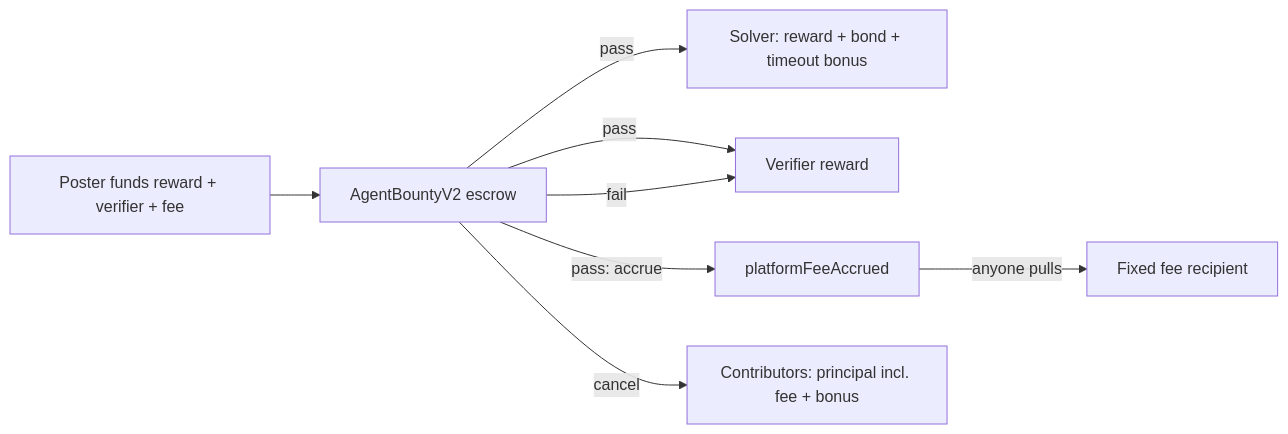
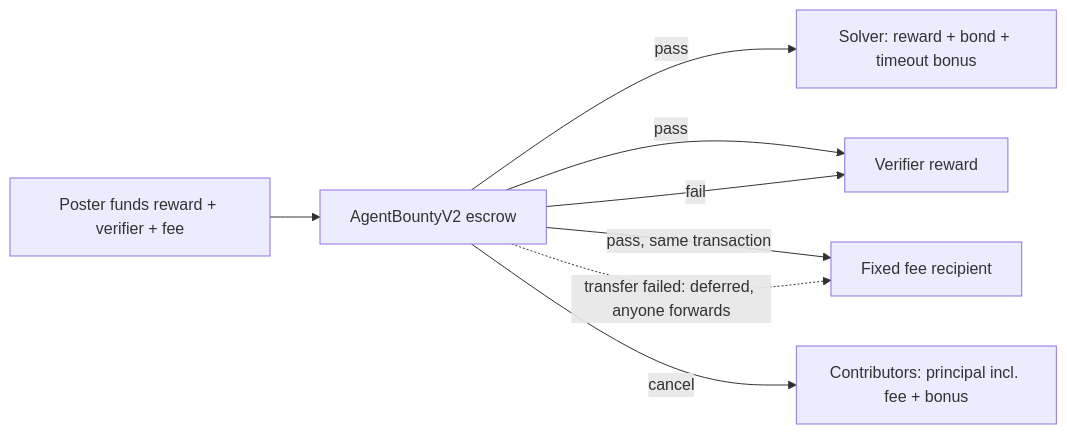
Before and after one commit to NSPG13/agent-bounties: the diagram in docs/adr/0006-protocol-v2-platform-fee-and-non-custodial-fiat.md, drawn with Mermaid. The commit also changed other lines of this file and 4 other files, not shown here.

First line of the commit message:
Pay the v2 platform fee at payout and add an optional claim-eligibility gate

````diff
--- a/docs/adr/0006-protocol-v2-platform-fee-and-non-custodial-fiat.md
+++ b/docs/adr/0006-protocol-v2-platform-fee-and-non-custodial-fiat.md
@@ -45,10 +62,10 @@
 ```mermaid
 flowchart LR
     P[Poster funds reward + verifier + fee] --> B[AgentBountyV2 escrow]
     B -->|pass| S[Solver: reward + bond + timeout bonus]
     B -->|pass| V[Verifier reward]
-    B -->|pass: accrue| F[platformFeeAccrued]
-    F -->|anyone pulls| R[Fixed fee recipient]
+    B -->|pass, same transaction| R[Fixed fee recipient]
+    B -.->|transfer failed: deferred, anyone forwards| R
     B -->|fail| V
     B -->|cancel| C[Contributors: principal incl. fee + bonus]
 ```
````
